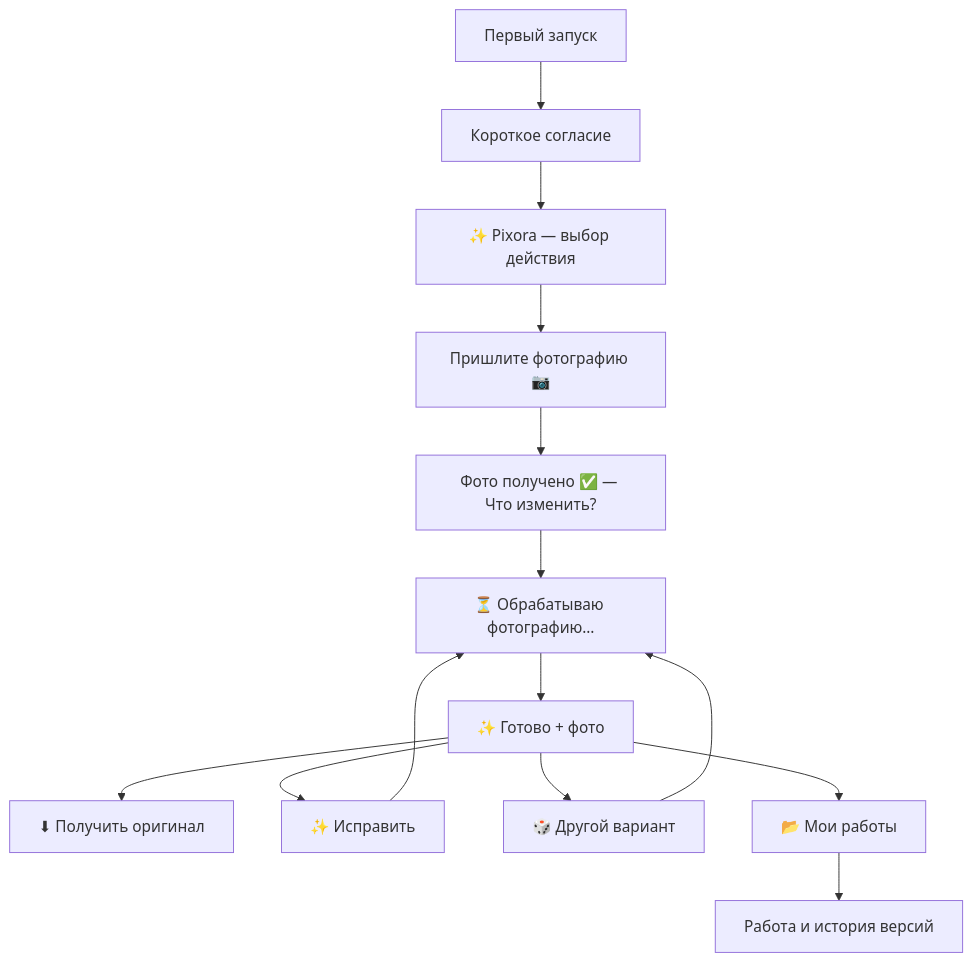
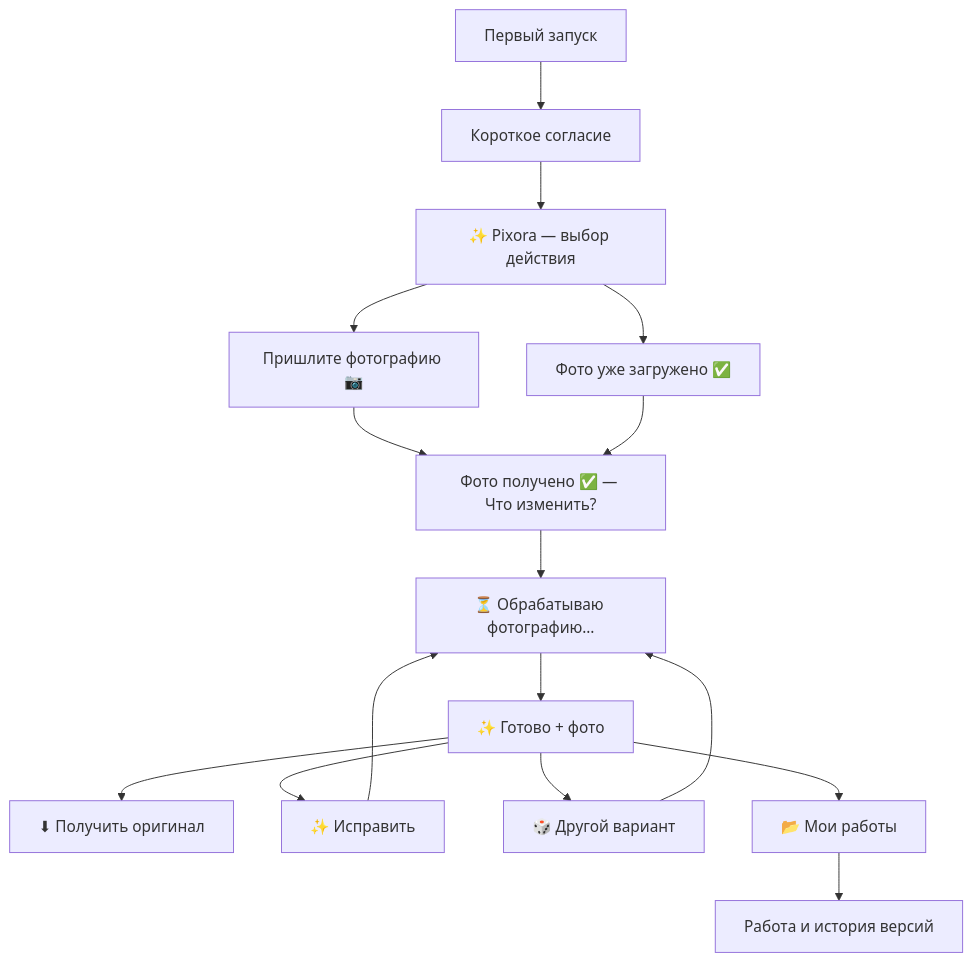
One commit to vinersamreg-sudo/photo-bot changed the diagram in UX_REDESIGN.md. Above: the diagram before and after it, drawn with Mermaid. The commit also changed other lines of this file and 5 other files, not shown here.

````diff
--- a/UX_REDESIGN.md
+++ b/UX_REDESIGN.md
@@ -28,16 +28,18 @@
 ```mermaid
 flowchart TD
     A["Первый запуск"] --> B["Короткое согласие"]
     B --> C["✨ Pixora — выбор действия"]
     C --> D["Пришлите фотографию 📷"]
+    C --> M["Фото уже загружено ✅"]
     D --> E["Фото получено ✅ — Что изменить?"]
+    M --> E
     E --> F["⏳ Обрабатываю фотографию…"]
     F --> G["✨ Готово + фото"]
     G --> H["⬇ Получить оригинал"]
     G --> I["✨ Исправить"]
     G --> J["🎲 Другой вариант"]
     G --> K["📂 Мои работы"]
     I --> F
     J --> F
     K --> L["Работа и история версий"]
 ```
````
